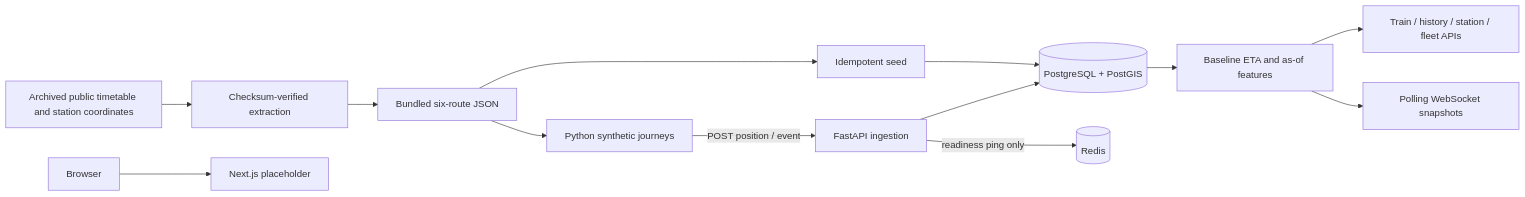
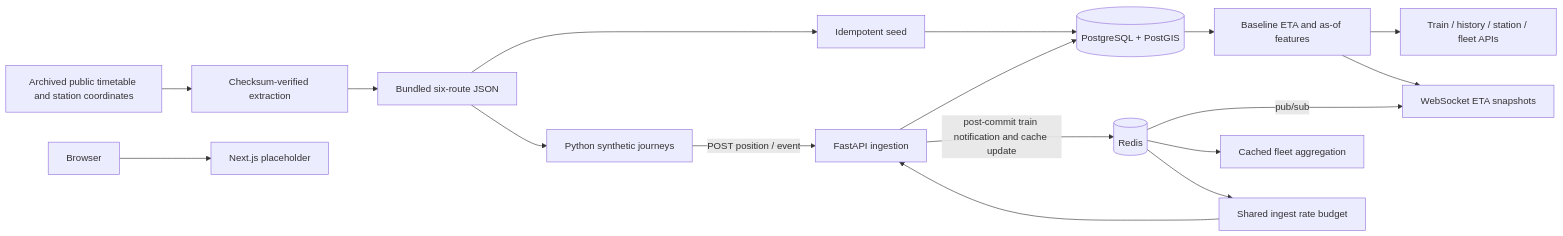
Before and after one commit to anujparwal/sih-eta: the diagram in docs/architecture.md, drawn with Mermaid. The commit also changed other lines of this file and 20 other files, not shown here.

Commit message:
feat: complete phase 4 Redis delivery caching and ingest guards

````diff
--- a/docs/architecture.md
+++ b/docs/architecture.md
@@ -8,15 +8,19 @@
 ```mermaid
 flowchart LR
   Sources[Archived public timetable and station coordinates] --> Extract[Checksum-verified extraction]
   Extract --> Fixture[Bundled six-route JSON]
   Fixture --> Seed[Idempotent seed]
   Seed --> DB[(PostgreSQL + PostGIS)]
   Fixture --> Simulator[Python synthetic journeys]
   Simulator -->|POST position / event| API[FastAPI ingestion]
   API --> DB
   DB --> Reads[Baseline ETA and as-of features]
   Reads --> REST[Train / history / station / fleet APIs]
-  Reads --> WS[Polling WebSocket snapshots]
-  API -->|readiness ping only| Redis[(Redis)]
+  Reads --> WS[WebSocket ETA snapshots]
+  API -->|post-commit train notification and cache update| Redis[(Redis)]
+  Redis -->|pub/sub| WS
+  Redis --> Fleet[Cached fleet aggregation]
+  Redis --> Guard[Shared ingest rate budget]
+  Guard --> API
   Browser --> Frontend[Next.js placeholder]
 ```
````
